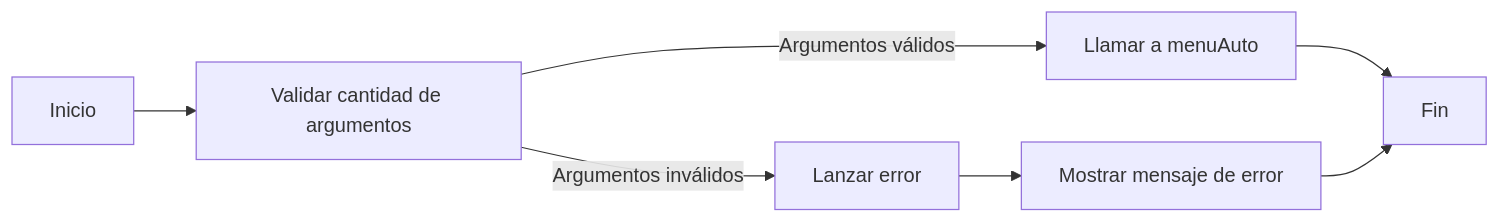
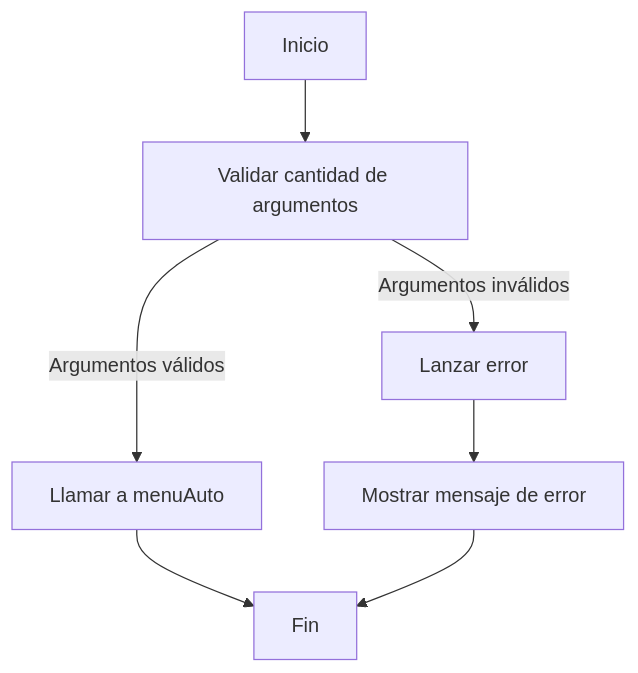
Before and after one commit to AllanMoralesPrado/javascript-bootcamp: the diagram in m6_s5_REBOUND_EXERCISE/README.md, drawn with Mermaid.

Commit message:
m6s5 REBOUND v1.0.0.1

````diff
--- a/m6_s5_REBOUND_EXERCISE/README.md
+++ b/m6_s5_REBOUND_EXERCISE/README.md
@@ -49,10 +49,10 @@
 ```mermaid
-graph LR
+graph TD
     A[Inicio] --> B[Validar cantidad de argumentos]
     B -- Argumentos válidos --> C[Llamar a menuAuto]
     C --> D[Fin]
     B -- Argumentos inválidos --> E[Lanzar error]
     E --> F[Mostrar mensaje de error]
     F --> D[Fin]
 
 ```
````
